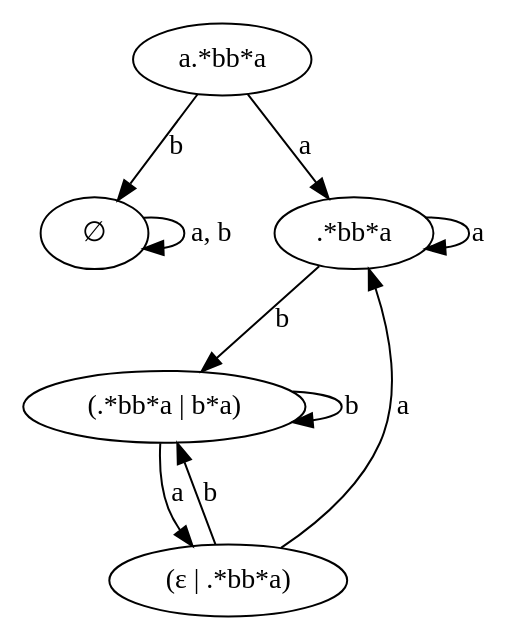
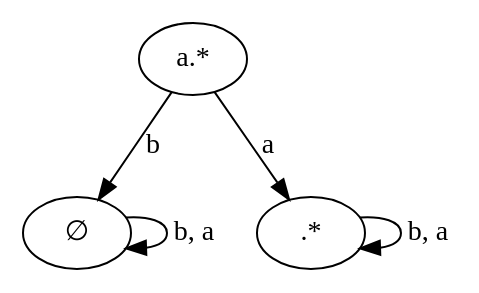
The diagram in graphs/dfa.dot (eniac/Reef), drawn with Graphviz before and after one commit. The commit also changed 3 other files, not shown here.

```diff
--- a/graphs/dfa.dot
+++ b/graphs/dfa.dot
@@ -1,16 +1,9 @@
 digraph example {
-    N0[label="a.*bb*a"];
-    N4[label="∅"];
-    N2[label="(.*bb*a | b*a)"];
-    N1[label=".*bb*a"];
-    N3[label="(ε | .*bb*a)"];
-    N3 -> N1[label="a"];
+    N0[label="a.*"];
+    N2[label="∅"];
+    N1[label=".*"];
     N0 -> N1[label="a"];
-    N1 -> N1[label="a"];
-    N4 -> N4[label="a, b"];
-    N1 -> N2[label="b"];
-    N2 -> N2[label="b"];
-    N3 -> N2[label="b"];
-    N2 -> N3[label="a"];
-    N0 -> N4[label="b"];
+    N1 -> N1[label="b, a"];
+    N2 -> N2[label="b, a"];
+    N0 -> N2[label="b"];
 }
```
